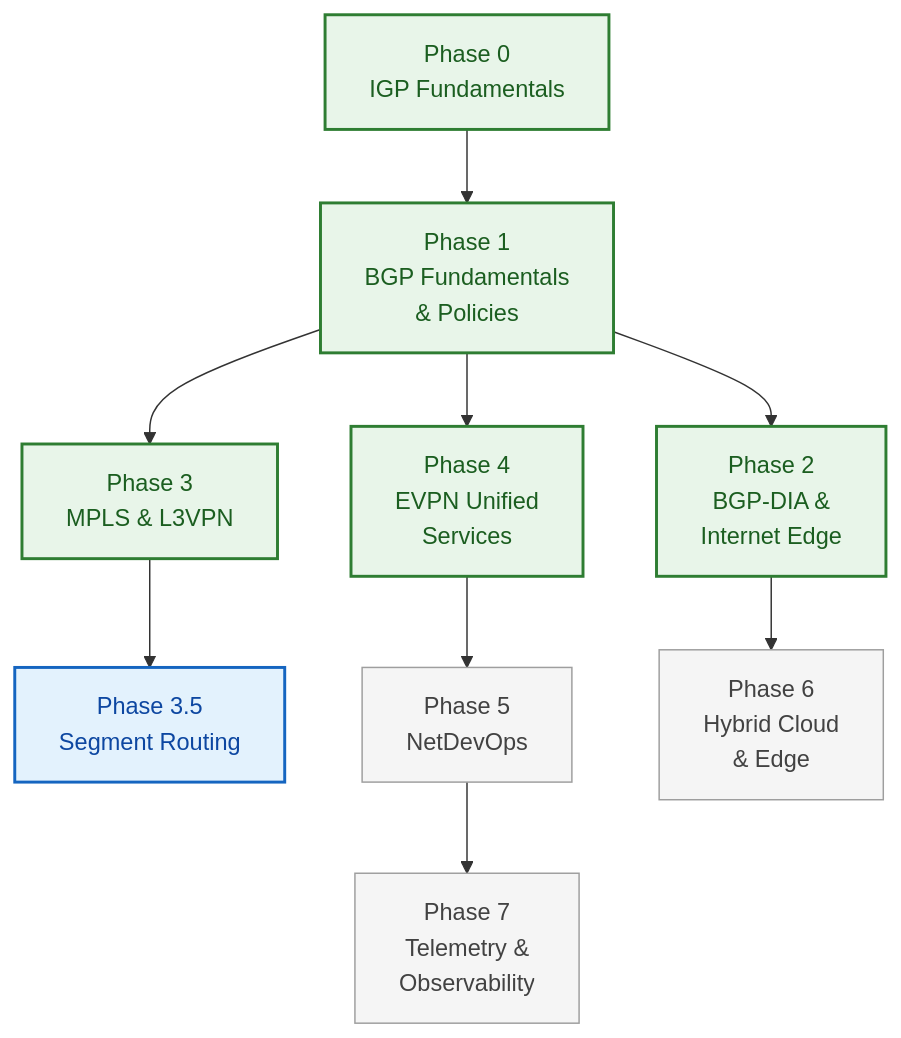
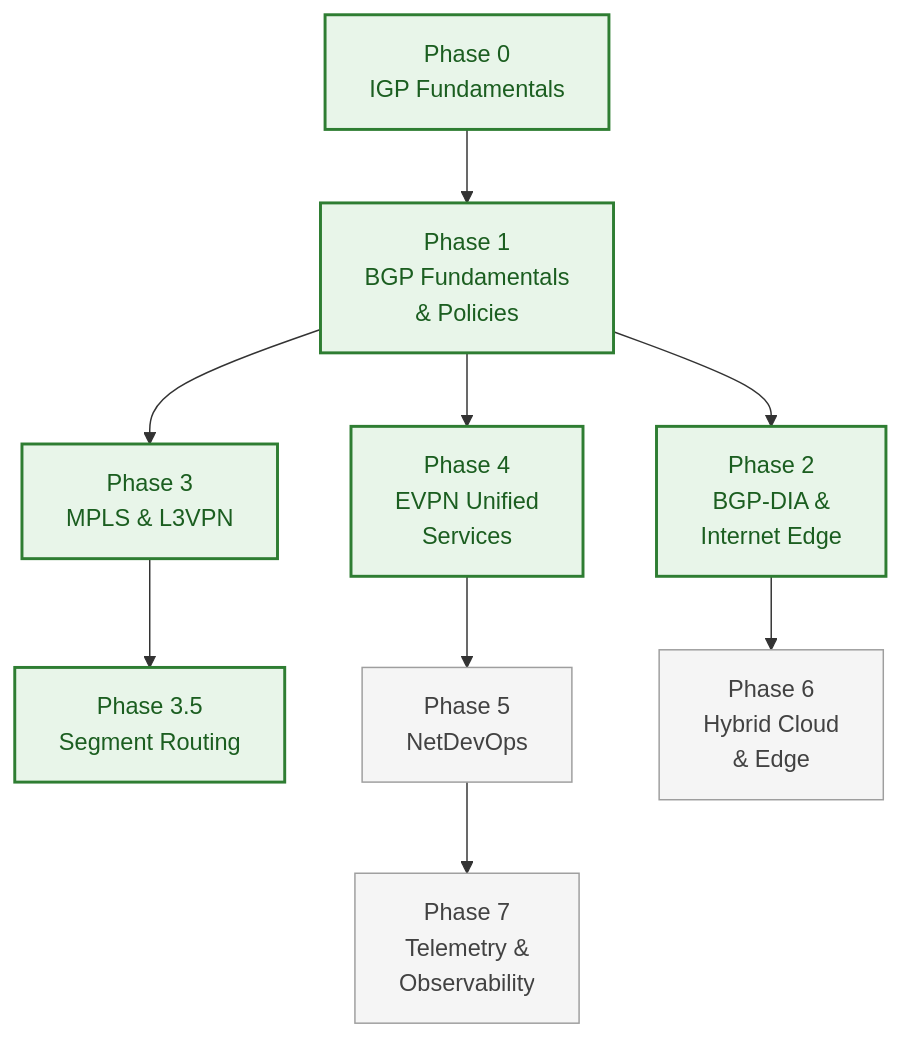
One commit to etherhtun/netforge-labs changed the diagram in docs/roadmap.md. Above: the diagram before and after it, drawn with Mermaid. The commit also changed other lines of this file and 7 other files, not shown here.

````diff
--- a/docs/roadmap.md
+++ b/docs/roadmap.md
@@ -13,16 +13,16 @@
 ```mermaid
 graph TD
     P0["Phase 0<br/>IGP Fundamentals"] --> P1["Phase 1<br/>BGP Fundamentals<br/>& Policies"]
     P1 --> P2["Phase 2<br/>BGP-DIA &<br/>Internet Edge"]
     P1 --> P3["Phase 3<br/>MPLS & L3VPN"]
     P3 --> P35["Phase 3.5<br/>Segment Routing"]
     P1 --> P4["Phase 4<br/>EVPN Unified<br/>Services"]
     P4 --> P5["Phase 5<br/>NetDevOps"]
     P2 --> P6["Phase 6<br/>Hybrid Cloud<br/>& Edge"]
     P5 --> P7["Phase 7<br/>Telemetry &<br/>Observability"]
 
     classDef done fill:#e8f5e9,stroke:#2e7d32,color:#1b5e20,stroke-width:2px;
     classDef next fill:#e3f2fd,stroke:#1565c0,color:#0d47a1,stroke-width:2px;
     classDef plan fill:#f5f5f5,stroke:#9e9e9e,color:#424242;
-    class P0,P1,P2,P3,P4 done; class P35 next; class P5,P6,P7 plan;
+    class P0,P1,P2,P3,P35,P4 done; class P5,P6,P7 plan;
 ```
````
